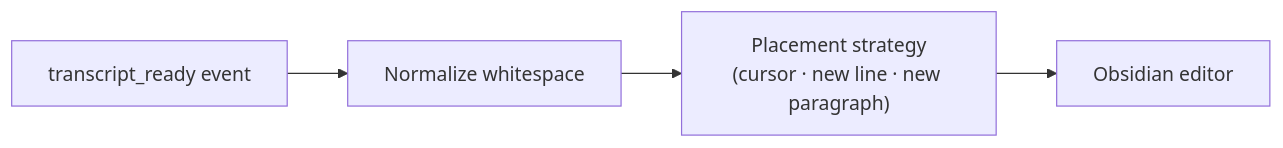
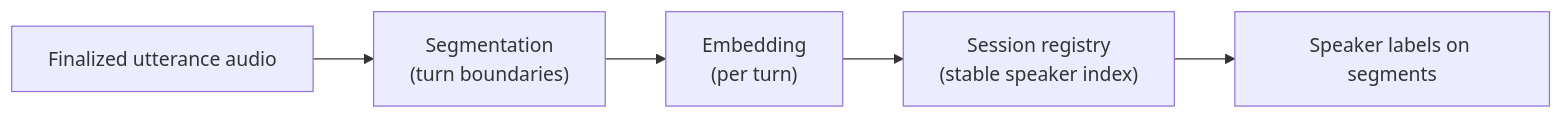
One commit to brittain9/local-dictation-obsidian-plugin changed the sixth of 6 diagrams in docs/system-architecture.md. Above: the diagram before and after it, drawn with Mermaid. The commit also changed other lines of this file and 23 other files, not shown here.

````diff
--- a/docs/system-architecture.md
+++ b/docs/system-architecture.md
@@ -340,6 +330,7 @@
 ```mermaid
 flowchart LR
-    TR["transcript_ready event"] --> NORM["Normalize whitespace"]
-    NORM --> PLACE["Placement strategy<br/>(cursor · new line · new paragraph)"]
-    PLACE --> ED["Obsidian editor"]
+    UTT["Finalized utterance audio"] --> SEG["Segmentation<br/>(turn boundaries)"]
+    SEG --> EMB["Embedding<br/>(per turn)"]
+    EMB --> REG["Session registry<br/>(stable speaker index)"]
+    REG --> LBL["Speaker labels on segments"]
 ```
````
